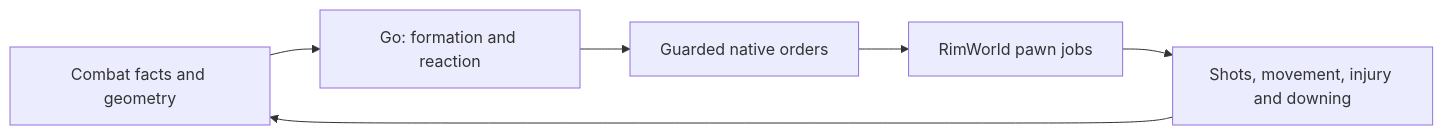
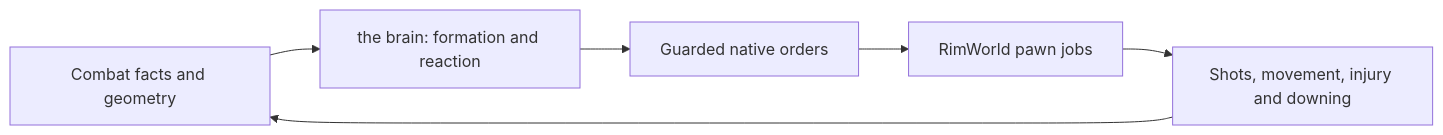
Before and after one commit to davidarcher/rimgovernor: the diagram in docs/developers/architecture/combat-game-ai.md, drawn with Mermaid. The commit also changed other lines of this file and 143 other files, not shown here.

````diff
--- a/docs/developers/architecture/combat-game-ai.md
+++ b/docs/developers/architecture/combat-game-ai.md
@@ -10,8 +10,8 @@
 ```mermaid
 flowchart LR
-    View[Combat facts and geometry] --> Policy[Go: formation and reaction]
+    View[Combat facts and geometry] --> Policy[the brain: formation and reaction]
     Policy --> Order[Guarded native orders]
     Order --> Job[RimWorld pawn jobs]
     Job --> Outcome[Shots, movement, injury and downing]
     Outcome --> View
 ```
````
